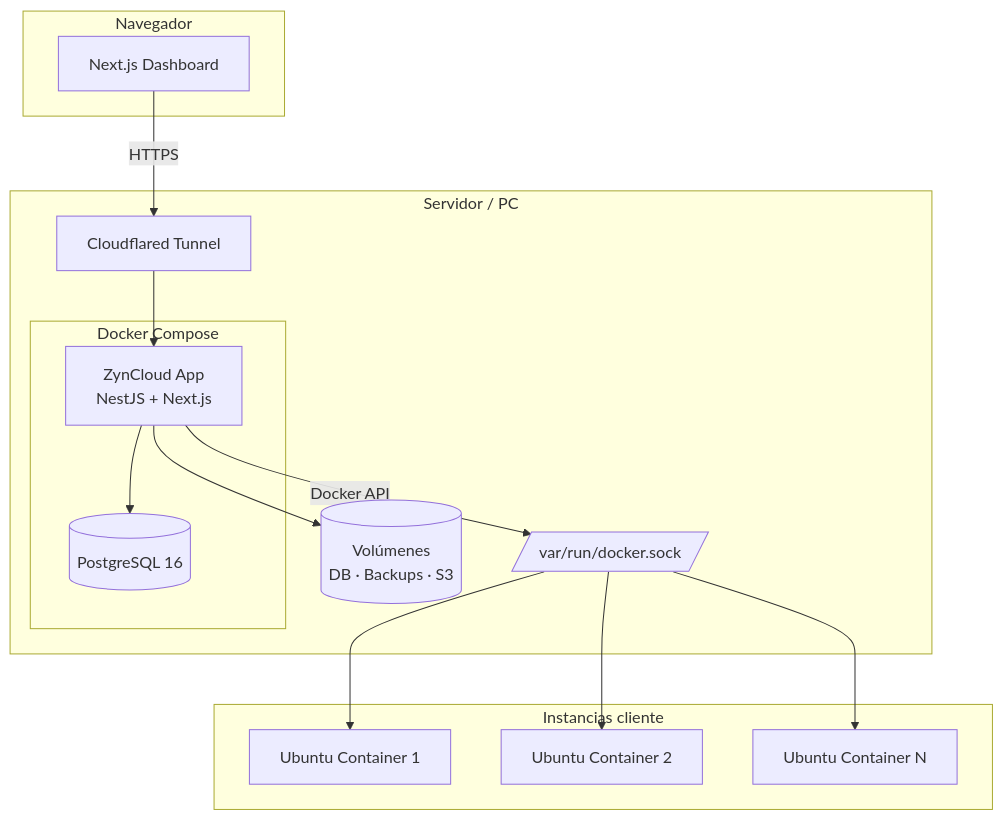
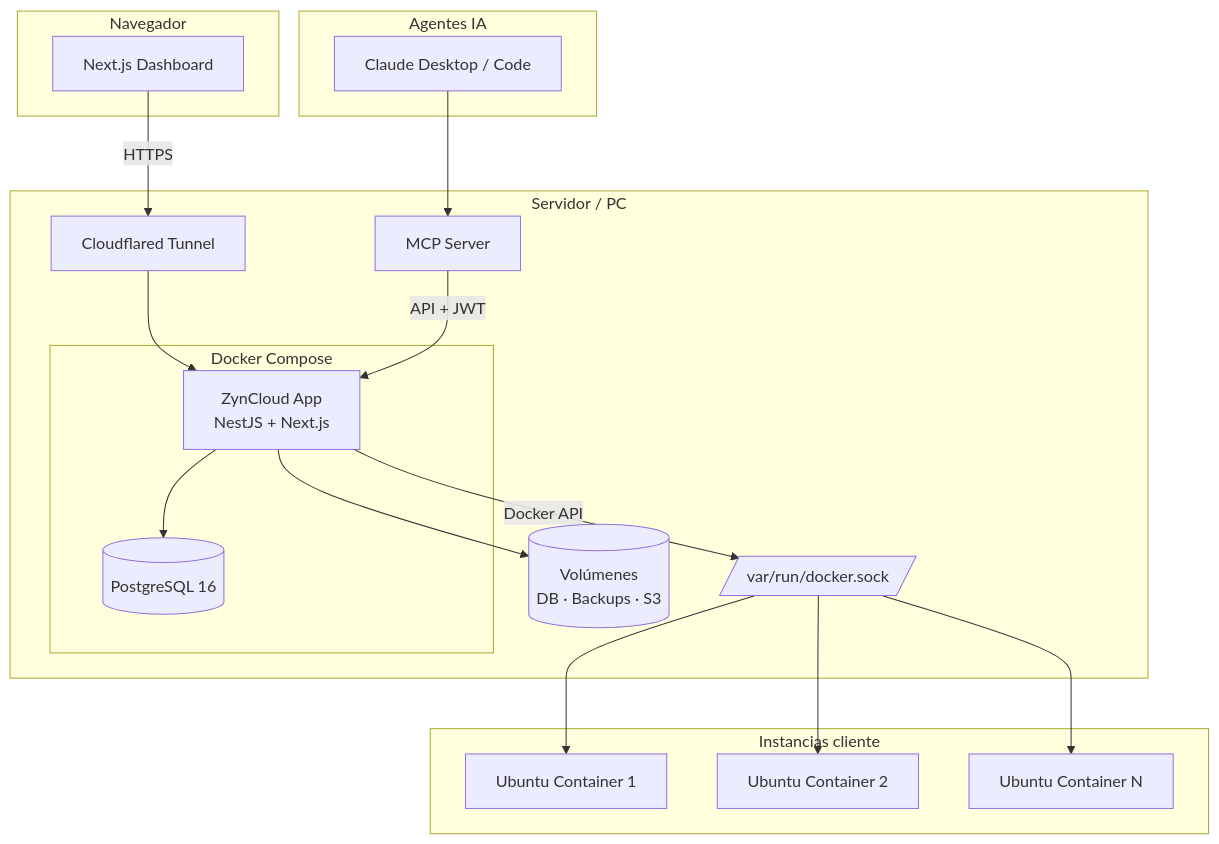
One commit to sasamile/CloudCore-AWS changed the diagram in README.md. Above: the diagram before and after it, drawn with Mermaid. The commit also changed other lines of this file and 30 other files, not shown here.

````diff
--- a/README.md
+++ b/README.md
@@ -120,32 +197,39 @@
 ```mermaid
 flowchart TB
   subgraph browser [Navegador]
     WEB[Next.js Dashboard]
   end
 
   subgraph server [Servidor / PC]
     subgraph compose [Docker Compose]
       APP[ZynCloud App<br/>NestJS + Next.js]
       DB[(PostgreSQL 16)]
     end
 
     SOCK[/var/run/docker.sock/]
     CF[Cloudflared Tunnel]
     STORAGE[(Volúmenes<br/>DB · Backups · S3)]
+    MCP[MCP Server]
   end
 
   subgraph instances [Instancias cliente]
     I1[Ubuntu Container 1]
     I2[Ubuntu Container 2]
     IN[Ubuntu Container N]
+  end
+
+  subgraph agents [Agentes IA]
+    CLAUDE[Claude Desktop / Code]
   end
 
   WEB -->|HTTPS| CF
   CF --> APP
   APP --> DB
   APP --> STORAGE
   APP -->|Docker API| SOCK
   SOCK --> I1
   SOCK --> I2
   SOCK --> IN
+  CLAUDE --> MCP
+  MCP -->|API + JWT| APP
 ```
````
